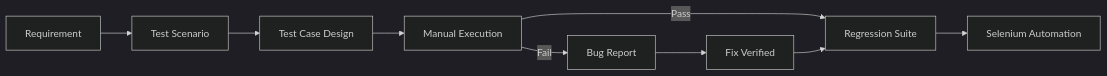
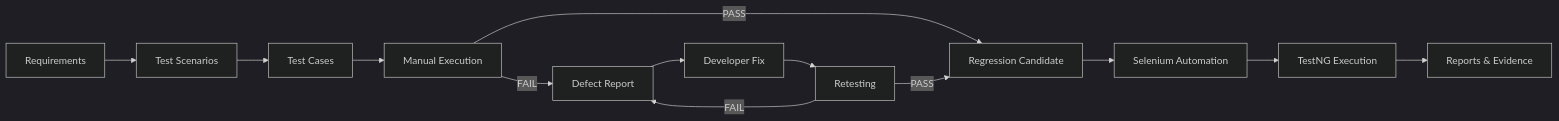
Before and after one commit to Jothirupan26/Jothirupan26: the diagram in README.md, drawn with Mermaid (dark theme). The commit also changed other lines of this file, not shown here.

````diff
--- a/README.md
+++ b/README.md
@@ -148,11 +248,19 @@
 ```mermaid
 flowchart LR
-    A[Requirement] --> B[Test Scenario]
-    B --> C[Test Case Design]
+    A[Requirements] --> B[Test Scenarios]
+    B --> C[Test Cases]
     C --> D[Manual Execution]
-    D -->|Pass| E[Regression Suite]
-    D -->|Fail| F[Bug Report]
-    F --> G[Fix Verified]
-    G --> E
-    E --> H[Selenium Automation]
+
+    D -->|PASS| E[Regression Candidate]
+    D -->|FAIL| F[Defect Report]
+
+    F --> G[Developer Fix]
+    G --> H[Retesting]
+
+    H -->|PASS| E
+    H -->|FAIL| F
+
+    E --> I[Selenium Automation]
+    I --> J[TestNG Execution]
+    J --> K[Reports & Evidence]
 ```
````
